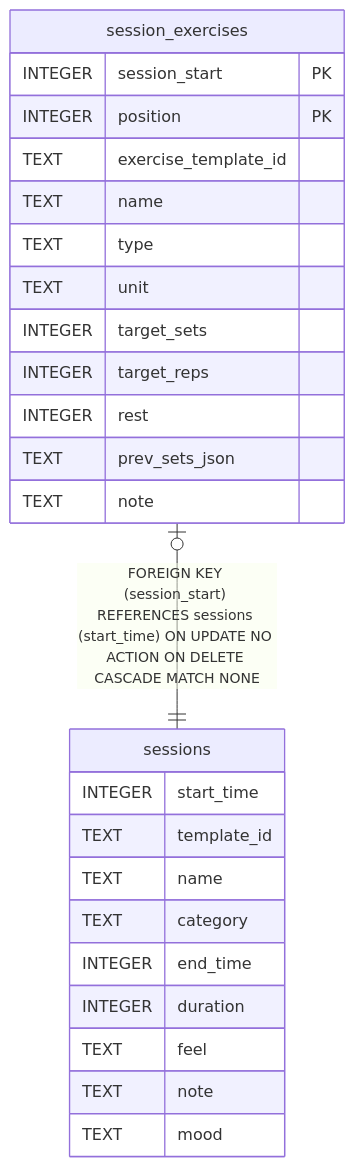
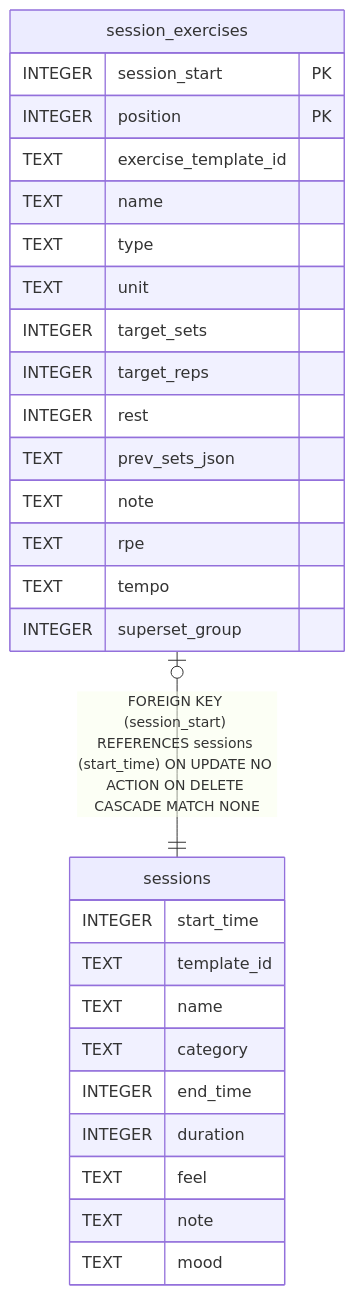
Before and after one commit to wilburwing-art/phase-training2: the diagram in docs/schema/user/sessions.md, drawn with Mermaid. The commit also changed 20 other files, not shown here.

````diff
--- a/docs/schema/user/sessions.md
+++ b/docs/schema/user/sessions.md
@@ -54,30 +54,33 @@
 ```mermaid
 erDiagram
 
 "session_exercises" |o--|| "sessions" : "FOREIGN KEY (session_start) REFERENCES sessions (start_time) ON UPDATE NO ACTION ON DELETE CASCADE MATCH NONE"
 
 "sessions" {
   INTEGER start_time
   TEXT template_id
   TEXT name
   TEXT category
   INTEGER end_time
   INTEGER duration
   TEXT feel
   TEXT note
   TEXT mood
 }
 "session_exercises" {
   INTEGER session_start PK
   INTEGER position PK
   TEXT exercise_template_id
   TEXT name
   TEXT type
   TEXT unit
   INTEGER target_sets
   INTEGER target_reps
   INTEGER rest
   TEXT prev_sets_json
   TEXT note
+  TEXT rpe
+  TEXT tempo
+  INTEGER superset_group
 }
 ```
````
